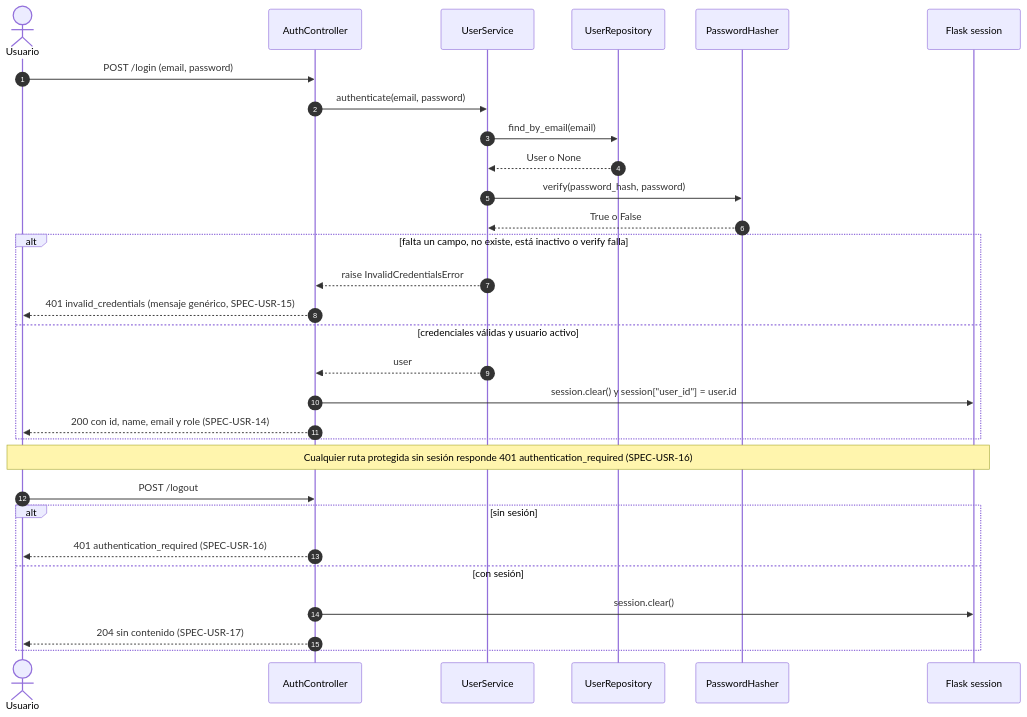
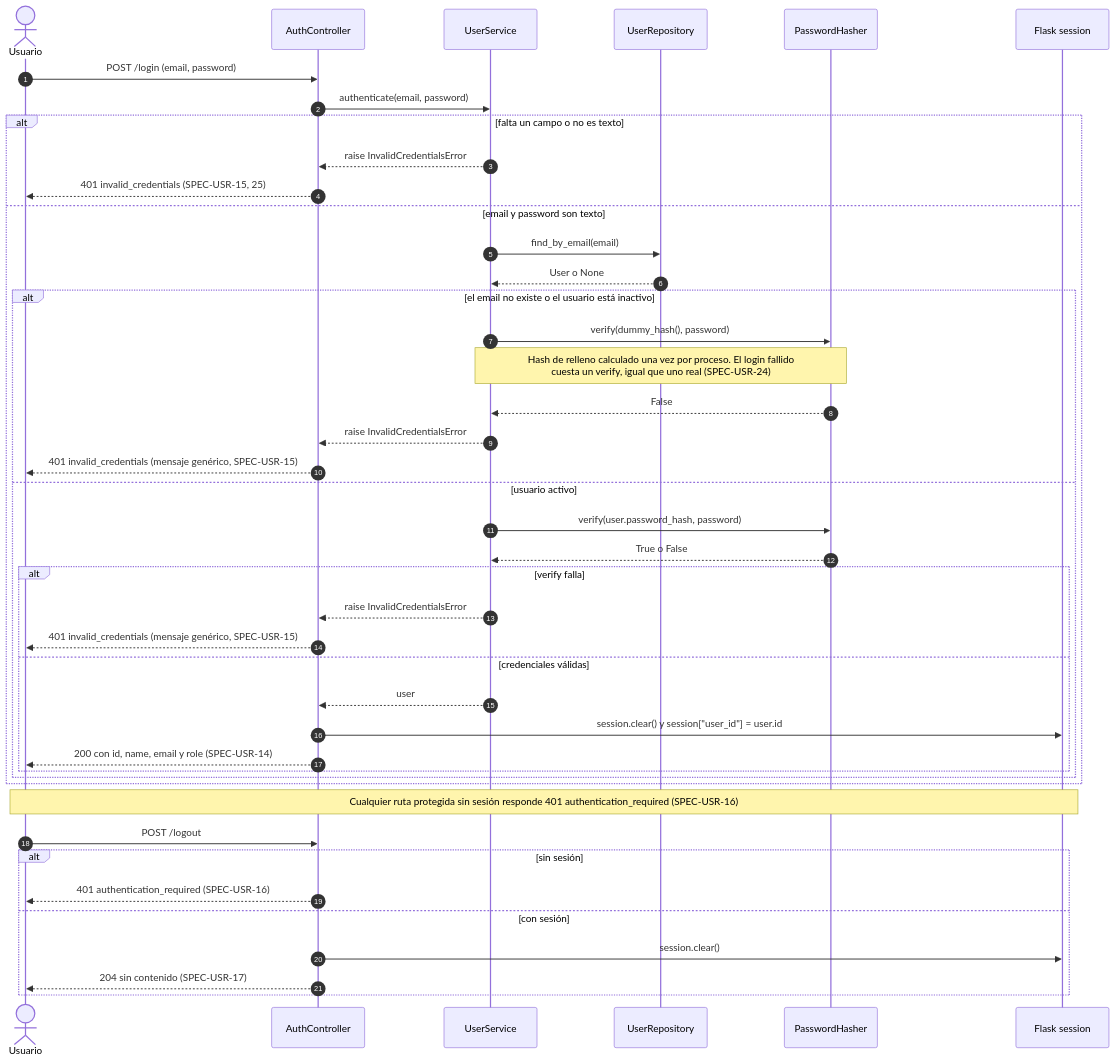
One commit to Diazfe-dev/AyED-III-python-ticket-service changed the second of 4 diagrams in diagrams/sequences/01-users.md. Above: the diagram before and after it, drawn with Mermaid. The commit also changed other lines of this file and 10 other files, not shown here.

Commit message:
fix(user): verify dummy hash on failed login and drop create-admin password flag

````diff
--- a/diagrams/sequences/01-users.md
+++ b/diagrams/sequences/01-users.md
@@ -57,35 +57,48 @@
 ```mermaid
 sequenceDiagram
     autonumber
     actor U as Usuario
     participant AC as AuthController
     participant US as UserService
     participant UR as UserRepository
     participant H as PasswordHasher
     participant S as Flask session
 
     U->>AC: POST /login (email, password)
     AC->>US: authenticate(email, password)
-    US->>UR: find_by_email(email)
-    UR-->>US: User o None
-    US->>H: verify(password_hash, password)
-    H-->>US: True o False
-    alt falta un campo, no existe, está inactivo o verify falla
+    alt falta un campo o no es texto
         US-->>AC: raise InvalidCredentialsError
-        AC-->>U: 401 invalid_credentials (mensaje genérico, SPEC-USR-15)
-    else credenciales válidas y usuario activo
-        US-->>AC: user
-        AC->>S: session.clear() y session["user_id"] = user.id
-        AC-->>U: 200 con id, name, email y role (SPEC-USR-14)
+        AC-->>U: 401 invalid_credentials (SPEC-USR-15, 25)
+    else email y password son texto
+        US->>UR: find_by_email(email)
+        UR-->>US: User o None
+        alt el email no existe o el usuario está inactivo
+            US->>H: verify(dummy_hash(), password)
+            Note over US,H: Hash de relleno calculado una vez por proceso. El login fallido<br/>cuesta un verify, igual que uno real (SPEC-USR-24)
+            H-->>US: False
+            US-->>AC: raise InvalidCredentialsError
+            AC-->>U: 401 invalid_credentials (mensaje genérico, SPEC-USR-15)
+        else usuario activo
+            US->>H: verify(user.password_hash, password)
+            H-->>US: True o False
+            alt verify falla
+                US-->>AC: raise InvalidCredentialsError
+                AC-->>U: 401 invalid_credentials (mensaje genérico, SPEC-USR-15)
+            else credenciales válidas
+                US-->>AC: user
+                AC->>S: session.clear() y session["user_id"] = user.id
+                AC-->>U: 200 con id, name, email y role (SPEC-USR-14)
+            end
+        end
     end
 
     Note over U,S: Cualquier ruta protegida sin sesión responde 401 authentication_required (SPEC-USR-16)
 
     U->>AC: POST /logout
     alt sin sesión
         AC-->>U: 401 authentication_required (SPEC-USR-16)
     else con sesión
         AC->>S: session.clear()
         AC-->>U: 204 sin contenido (SPEC-USR-17)
     end
 ```
````
